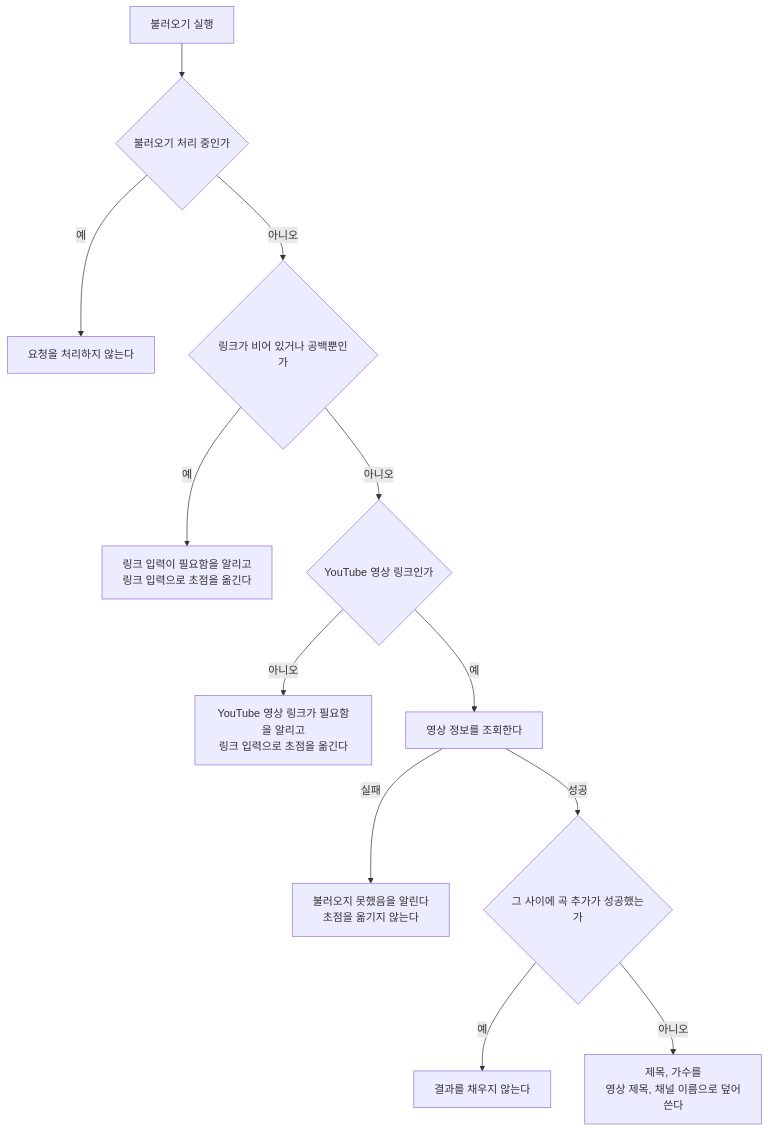
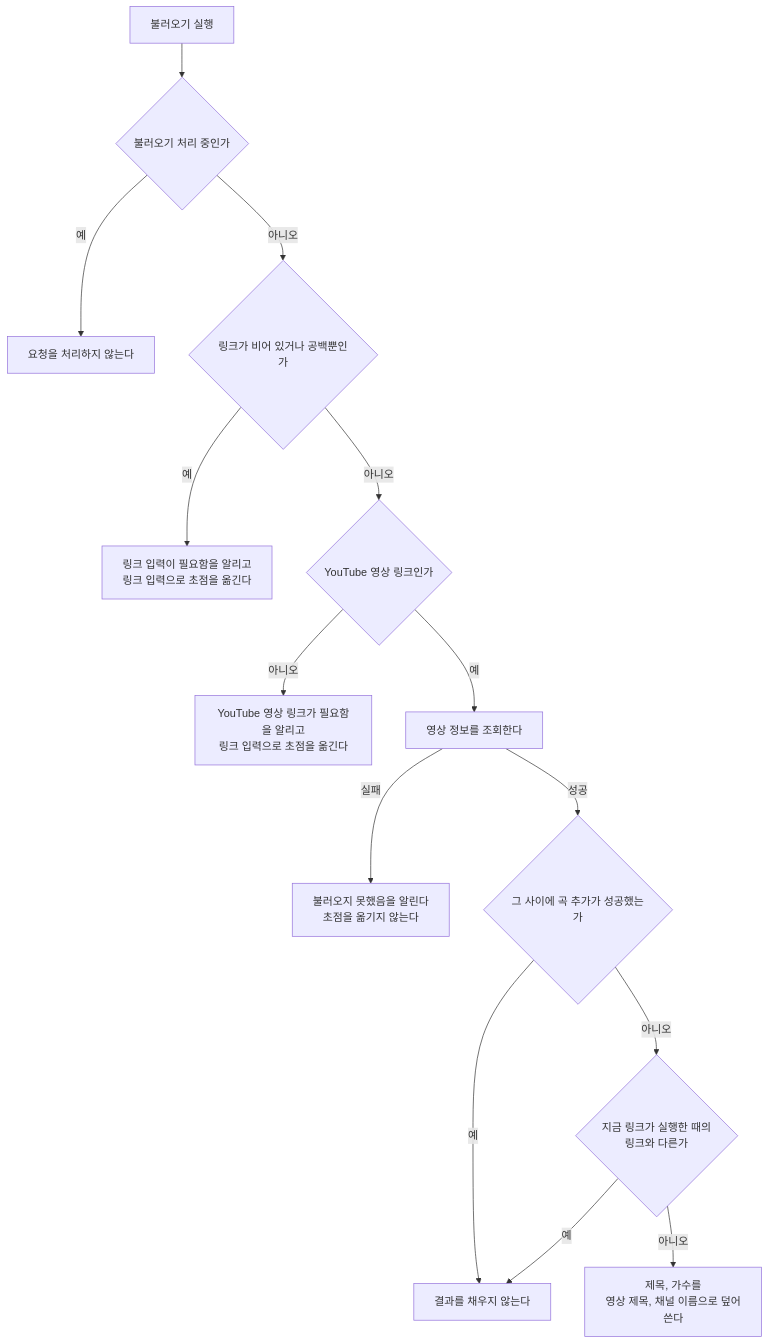
Before and after one commit to taetae98coding/DiaryKMP: the second of 3 diagrams in docs/spec/client/music-add.md, drawn with Mermaid. The commit also changed other lines of this file and 154 other files, not shown here.

````diff
--- a/docs/spec/client/music-add.md
+++ b/docs/spec/client/music-add.md
@@ -158,14 +160,16 @@
 ```mermaid
 flowchart TD
     Start["불러오기 실행"] --> InProgress{"불러오기 처리 중인가"}
     InProgress -- "예" --> Ignore["요청을 처리하지 않는다"]
     InProgress -- "아니오" --> Blank{"링크가 비어 있거나 공백뿐인가"}
     Blank -- "예" --> LinkBlank["링크 입력이 필요함을 알리고<br/>링크 입력으로 초점을 옮긴다"]
     Blank -- "아니오" --> Youtube{"YouTube 영상 링크인가"}
     Youtube -- "아니오" --> LinkInvalid["YouTube 영상 링크가 필요함을 알리고<br/>링크 입력으로 초점을 옮긴다"]
     Youtube -- "예" --> Fetch["영상 정보를 조회한다"]
     Fetch -- "실패" --> FetchFailed["불러오지 못했음을 알린다<br/>초점을 옮기지 않는다"]
     Fetch -- "성공" --> Cleared{"그 사이에 곡 추가가 성공했는가"}
     Cleared -- "예" --> Discard["결과를 채우지 않는다"]
-    Cleared -- "아니오" --> Fill["제목, 가수를<br/>영상 제목, 채널 이름으로 덮어쓴다"]
+    Cleared -- "아니오" --> Changed{"지금 링크가 실행한 때의<br/>링크와 다른가"}
+    Changed -- "예" --> Discard
+    Changed -- "아니오" --> Fill["제목, 가수를<br/>영상 제목, 채널 이름으로 덮어쓴다"]
 ```
````
